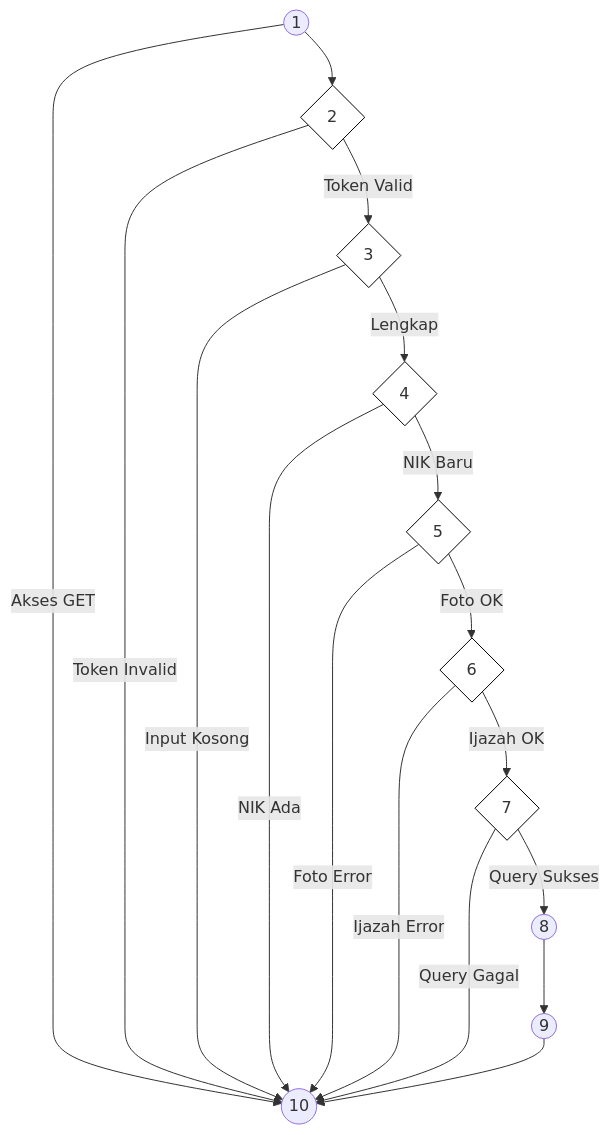
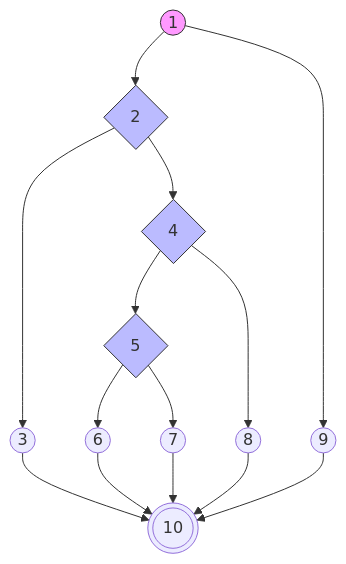
One commit to arbain-dev/Web_fikom changed the diagram in docs/07_PENGUJIAN_WHITE_BOX.md. Above: the diagram before and after it, drawn with Mermaid. The commit also changed other lines of this file and 1 other file, not shown here.

````diff
--- a/docs/07_PENGUJIAN_WHITE_BOX.md
+++ b/docs/07_PENGUJIAN_WHITE_BOX.md
@@ -162,26 +36,17 @@
 ```mermaid
 graph TD
-    N1((1)) --> N2{2}
-    N1 -- "Akses GET" --> N10((10))
-    N2 -- "Token Invalid" --> N10
-    N2 -- "Token Valid" --> N3{3}
-    N3 -- "Input Kosong" --> N10
-    N3 -- "Lengkap" --> N4{4}
-    N4 -- "NIK Ada" --> N10
-    N4 -- "NIK Baru" --> N5{5}
-    N5 -- "Foto Error" --> N10
-    N5 -- "Foto OK" --> N6{6}
-    N6 -- "Ijazah Error" --> N10
-    N6 -- "Ijazah OK" --> N7{7}
-    N7 -- "Query Gagal" --> N10
-    N7 -- "Query Sukses" --> N8((8))
-    N8 --> N9((9))
-    N9 --> N10
+    1((1)) --> 2{2}
+    1 --> 9((9))
+    2 --> 3((3))
+    2 --> 4{4}
+    4 --> 5{5}
+    4 --> 8((8))
+    5 --> 6((6))
+    5 --> 7((7))
+    3 & 6 & 7 & 8 & 9 --> 10(((10)))
 
-    style N2 fill:#fff,stroke:#000
-    style N3 fill:#fff,stroke:#000
-    style N4 fill:#fff,stroke:#000
-    style N5 fill:#fff,stroke:#000
-    style N6 fill:#fff,stroke:#000
-    style N7 fill:#fff,stroke:#000
+    style 1 fill:#f9f,stroke:#333
+    style 2 fill:#bbf,stroke:#333
+    style 4 fill:#bbf,stroke:#333
+    style 5 fill:#bbf,stroke:#333
 ```
````
